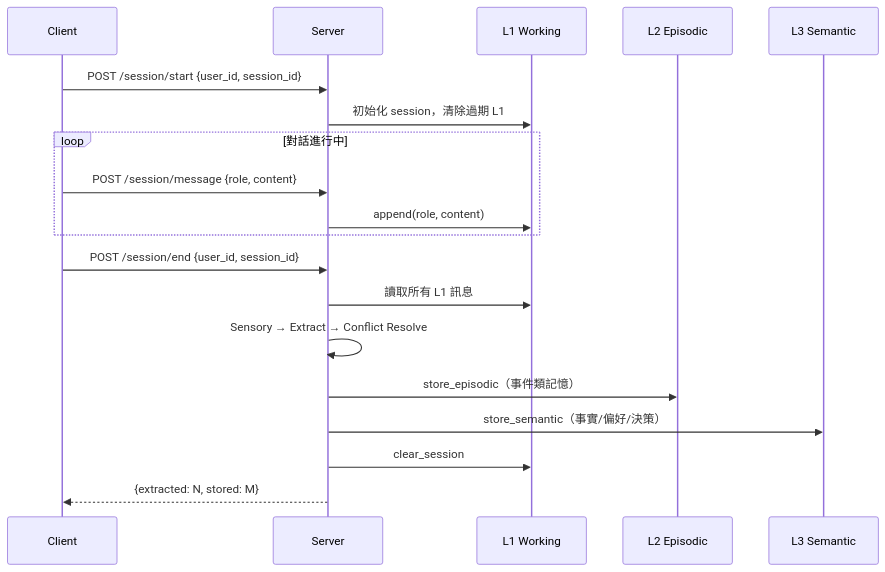
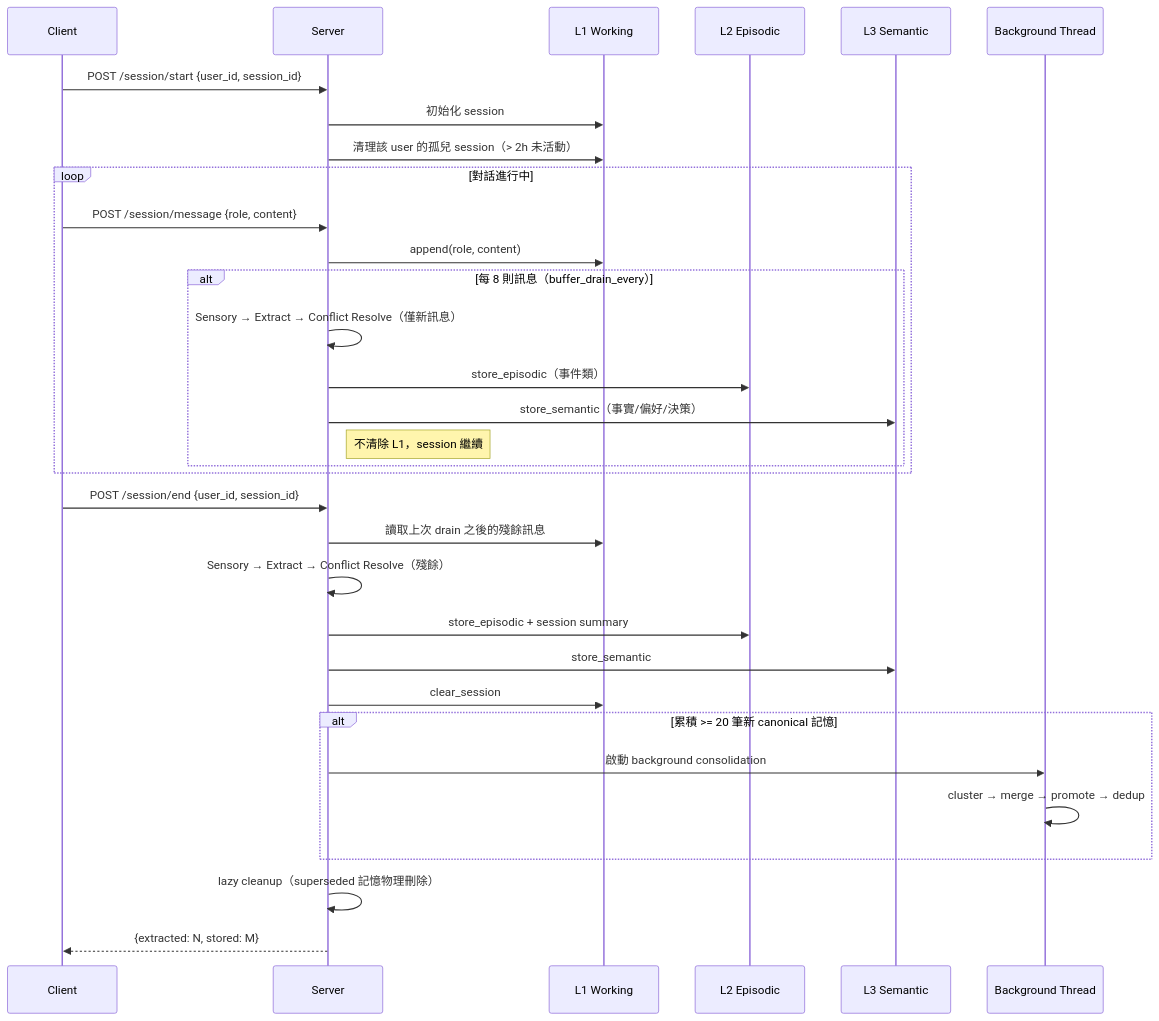
Before and after one commit to sandy1990418/memory: the fifth of 8 diagrams in docs/usage.md, drawn with Mermaid. The commit also changed other lines of this file and 11 other files, not shown here.

````diff
--- a/docs/usage.md
+++ b/docs/usage.md
@@ -230,24 +333,39 @@
 ```mermaid
 sequenceDiagram
     participant C as Client
     participant S as Server
     participant L1 as L1 Working
     participant L2 as L2 Episodic
     participant L3 as L3 Semantic
+    participant BG as Background Thread
 
     C->>S: POST /session/start {user_id, session_id}
-    S->>L1: 初始化 session，清除過期 L1
+    S->>L1: 初始化 session
+    S->>L1: 清理該 user 的孤兒 session（> 2h 未活動）
 
     loop 對話進行中
         C->>S: POST /session/message {role, content}
         S->>L1: append(role, content)
+        alt 每 8 則訊息（buffer_drain_every）
+            S->>S: Sensory → Extract → Conflict Resolve（僅新訊息）
+            S->>L2: store_episodic（事件類）
+            S->>L3: store_semantic（事實/偏好/決策）
+            Note right of S: 不清除 L1，session 繼續
+        end
     end
 
     C->>S: POST /session/end {user_id, session_id}
-    S->>L1: 讀取所有 L1 訊息
-    S->>S: Sensory → Extract → Conflict Resolve
-    S->>L2: store_episodic（事件類記憶）
-    S->>L3: store_semantic（事實/偏好/決策）
+    S->>L1: 讀取上次 drain 之後的殘餘訊息
+    S->>S: Sensory → Extract → Conflict Resolve（殘餘）
+    S->>L2: store_episodic + session summary
+    S->>L3: store_semantic
     S->>L1: clear_session
+
+    alt 累積 >= 20 筆新 canonical 記憶
+        S->>BG: 啟動 background consolidation
+        BG->>BG: cluster → merge → promote → dedup
+    end
+
+    S->>S: lazy cleanup（superseded 記憶物理刪除）
     S-->>C: {extracted: N, stored: M}
 ```
````
